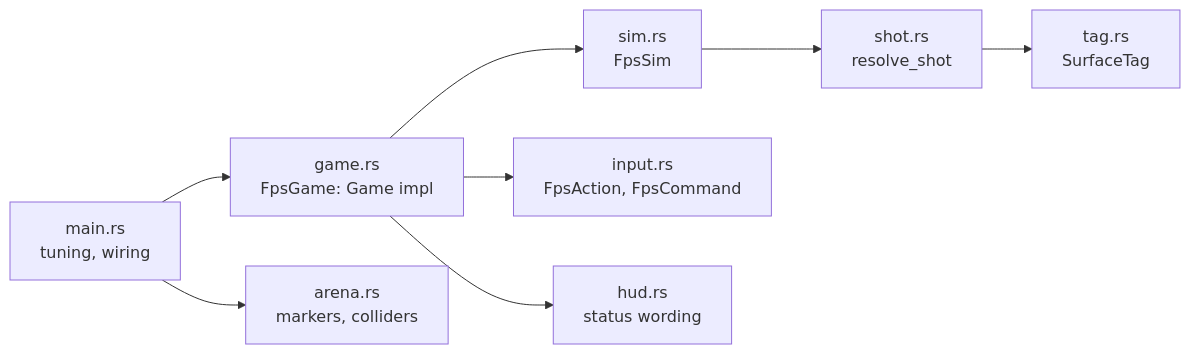
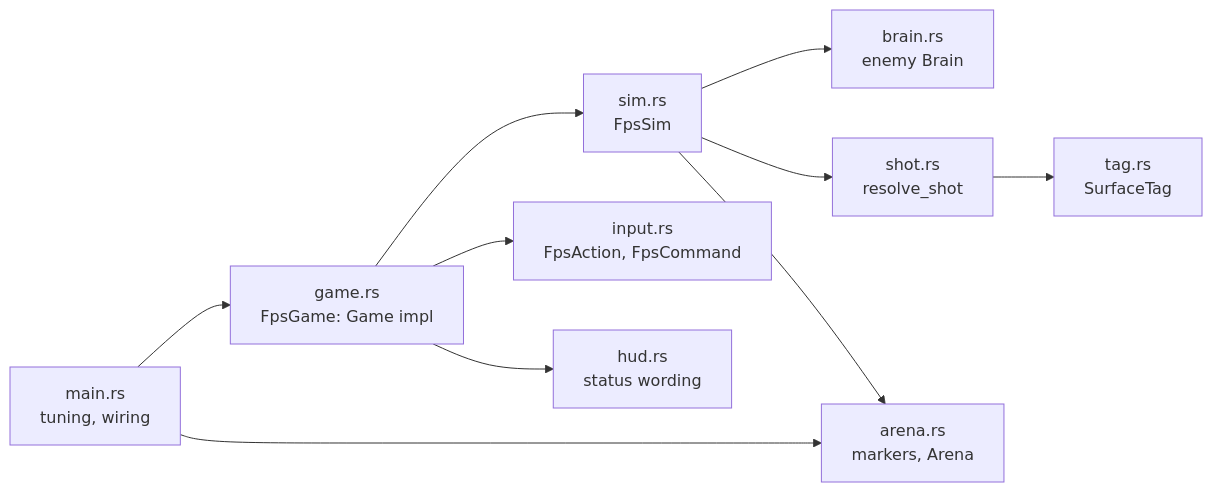
The diagram in wiki/architecture/fps-prototype.md (WrackedFella/moho), drawn with Mermaid before and after one commit. The commit also changed other lines of this file and 13 other files, not shown here.

````diff
--- a/wiki/architecture/fps-prototype.md
+++ b/wiki/architecture/fps-prototype.md
@@ -13,10 +13,12 @@
 ```mermaid
 flowchart LR
     main["main.rs<br/>tuning, wiring"] --> game["game.rs<br/>FpsGame: Game impl"]
     game --> sim["sim.rs<br/>FpsSim"]
     game --> input["input.rs<br/>FpsAction, FpsCommand"]
     game --> hud["hud.rs<br/>status wording"]
+    sim --> brain["brain.rs<br/>enemy Brain"]
     sim --> shot["shot.rs<br/>resolve_shot"]
     shot --> tag["tag.rs<br/>SurfaceTag"]
-    main --> arena["arena.rs<br/>markers, colliders"]
+    main --> arena["arena.rs<br/>markers, Arena"]
+    sim --> arena
 ```
````
